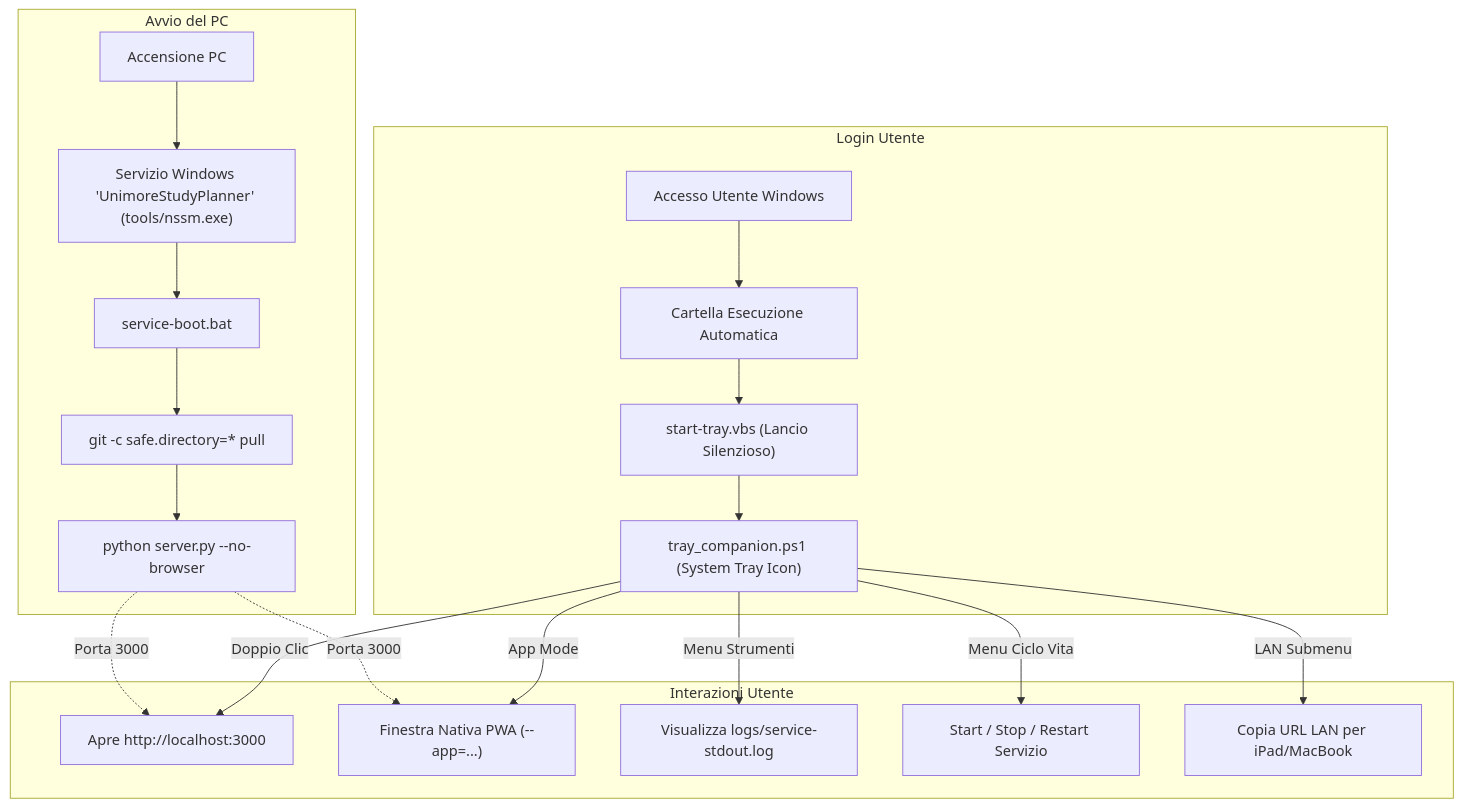
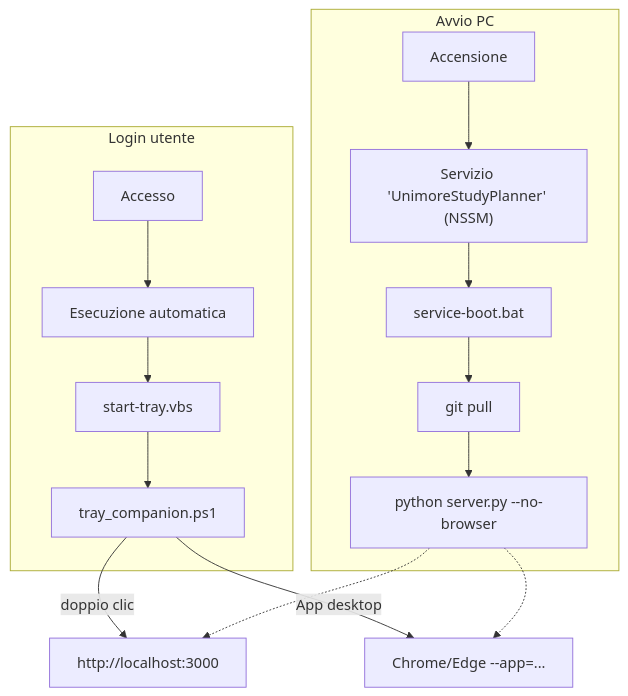
The diagram in docs/06_DEVOPS_AND_SCRIPTS.md (Giocosc/StudiPlanner), drawn with Mermaid before and after one commit. The commit also changed other lines of this file and 10 other files, not shown here.

````diff
--- a/docs/06_DEVOPS_AND_SCRIPTS.md
+++ b/docs/06_DEVOPS_AND_SCRIPTS.md
@@ -426,26 +127,18 @@
 ```mermaid
 graph TD
-    subgraph Boot ["Avvio del PC"]
-        WIN_BOOT["Accensione PC"] --> NSSM_SVC["Servizio Windows 'UnimoreStudyPlanner' (tools/nssm.exe)"]
-        NSSM_SVC --> BOOT_BAT["service-boot.bat"]
-        BOOT_BAT --> GIT_PULL["git -c safe.directory=* pull"]
-        GIT_PULL --> PY_SRV["python server.py --no-browser"]
+    subgraph Avvio PC
+        BOOT["Accensione"] --> SVC["Servizio 'UnimoreStudyPlanner' (NSSM)"]
+        SVC --> BAT["service-boot.bat"]
+        BAT --> PULL["git pull"]
+        PULL --> SRV["python server.py --no-browser"]
     end
-
-    subgraph UserLogin ["Login Utente"]
-        WIN_LOGIN["Accesso Utente Windows"] --> STARTUP["Cartella Esecuzione Automatica"]
-        STARTUP --> VBS["start-tray.vbs (Lancio Silenzioso)"]
-        VBS --> TRAY["tray_companion.ps1 (System Tray Icon)"]
+    subgraph Login utente
+        LOGIN["Accesso"] --> STARTUP["Esecuzione automatica"]
+        STARTUP --> VBS["start-tray.vbs"]
+        VBS --> TRAY["tray_companion.ps1"]
     end
-
-    subgraph UserActions ["Interazioni Utente"]
-        TRAY -->|Doppio Clic| BROWSER_LOC["Apre http://localhost:3000"]
-        TRAY -->|App Mode| CHROME_APP["Finestra Nativa PWA (--app=...)"]
-        TRAY -->|Menu Strumenti| LOGS["Visualizza logs/service-stdout.log"]
-        TRAY -->|Menu Ciclo Vita| SVC_CTRL["Start / Stop / Restart Servizio"]
-        TRAY -->|LAN Submenu| COPY_IP["Copia URL LAN per iPad/MacBook"]
-    end
-
-    PY_SRV -.->|Porta 3000| BROWSER_LOC
-    PY_SRV -.->|Porta 3000| CHROME_APP
+    TRAY -->|doppio clic| WEB["http://localhost:3000"]
+    TRAY -->|App desktop| APP["Chrome/Edge --app=..."]
+    SRV -.-> WEB
+    SRV -.-> APP
 ```
````
